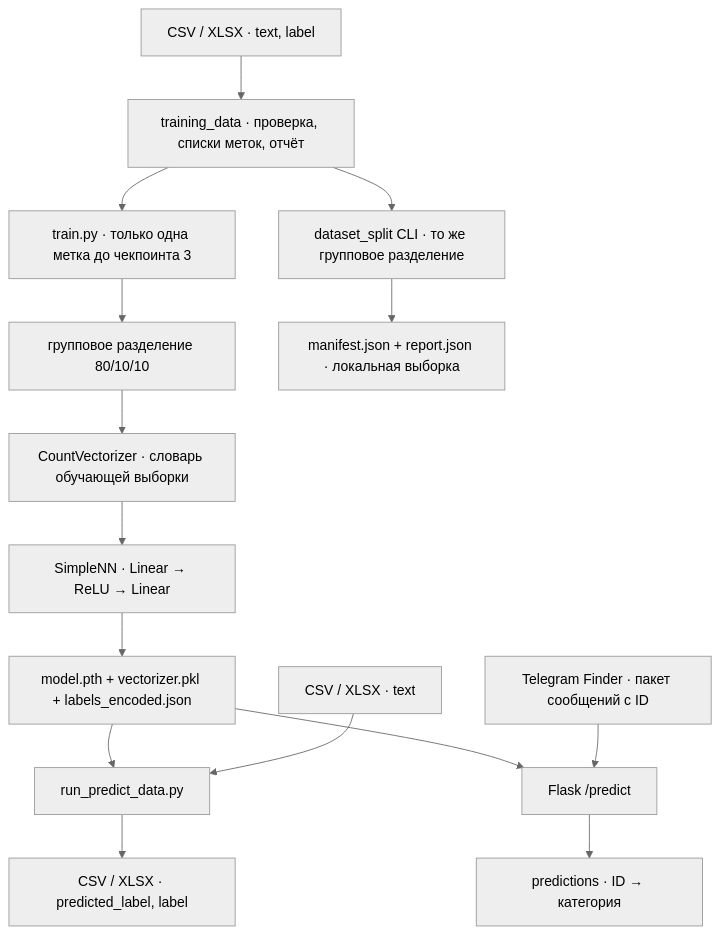
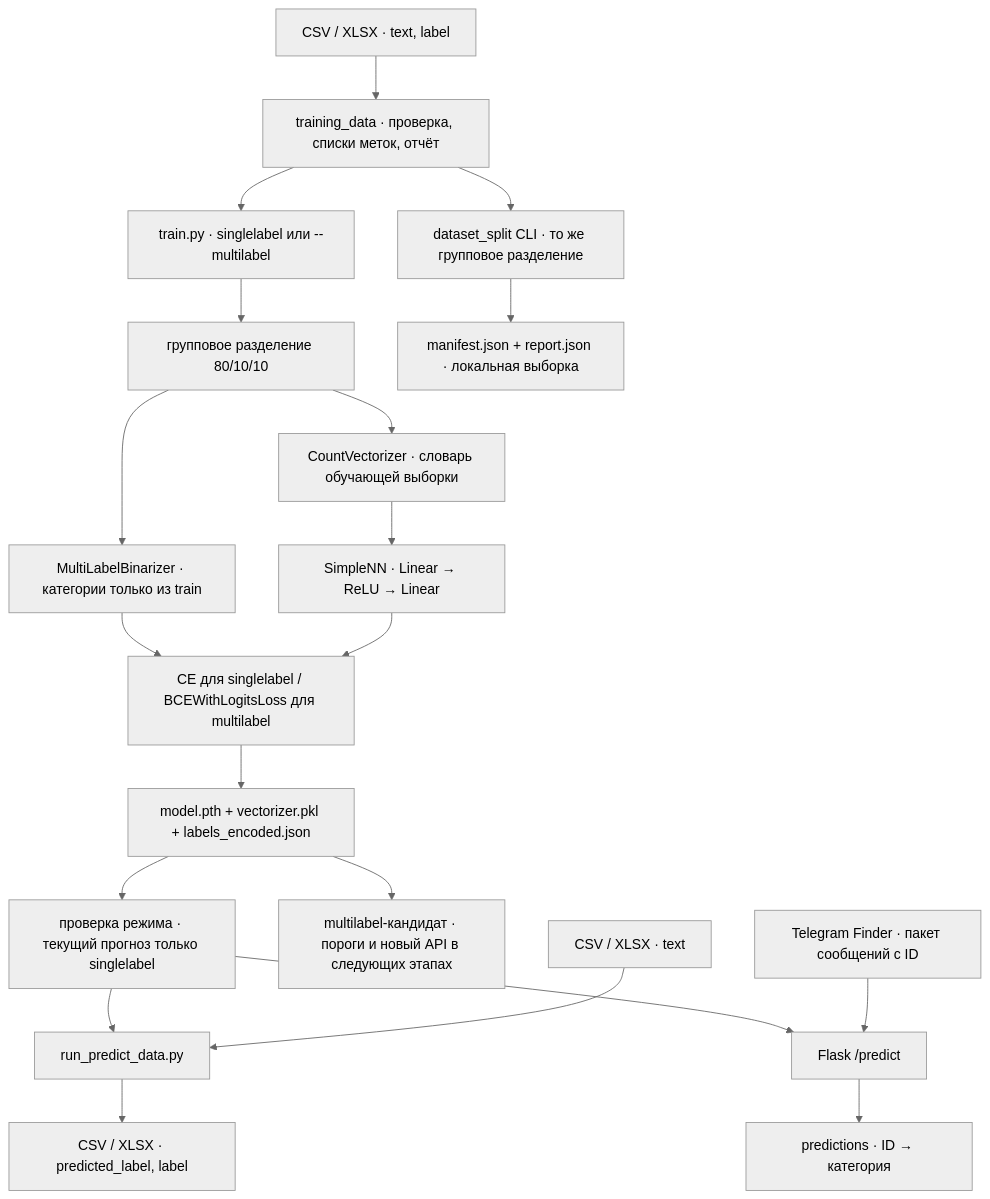
One commit to flysirin/AdsTextClassification changed the diagram in docs/ARCHITECTURE.md. Above: the diagram before and after it, drawn with Mermaid (neutral theme). The commit also changed other lines of this file and 22 other files, not shown here.

````diff
--- a/docs/ARCHITECTURE.md
+++ b/docs/ARCHITECTURE.md
@@ -3,15 +5,20 @@
 ```mermaid
 flowchart TD
     T["CSV / XLSX · text, label"] --> Prepare["training_data · проверка, списки меток, отчёт"]
-    Prepare --> Guard["train.py · только одна метка до чекпоинта 3"]
-    Guard --> Train["групповое разделение 80/10/10"]
+    Prepare --> Mode["train.py · singlelabel или --multilabel"]
+    Mode --> Train["групповое разделение 80/10/10"]
     Prepare --> Split["dataset_split CLI · то же групповое разделение"]
     Split --> Manifest["manifest.json + report.json · локальная выборка"]
     Train --> V["CountVectorizer · словарь обучающей выборки"]
     V --> NN["SimpleNN · Linear → ReLU → Linear"]
-    NN --> Art["model.pth + vectorizer.pkl + labels_encoded.json"]
-    Art --> Batch["run_predict_data.py"]
-    Art --> API["Flask /predict"]
+    Train --> Targets["MultiLabelBinarizer · категории только из train"]
+    Targets --> Loss["CE для singlelabel / BCEWithLogitsLoss для multilabel"]
+    NN --> Loss
+    Loss --> Art["model.pth + vectorizer.pkl + labels_encoded.json"]
+    Art --> Legacy["проверка режима · текущий прогноз только singlelabel"]
+    Legacy --> Batch["run_predict_data.py"]
+    Legacy --> API["Flask /predict"]
+    Art --> Candidate["multilabel-кандидат · пороги и новый API в следующих этапах"]
     Input["CSV / XLSX · text"] --> Batch --> Out["CSV / XLSX · predicted_label, label"]
     TG["Telegram Finder · пакет сообщений с ID"] --> API --> R["predictions · ID → категория"]
 ```
````
